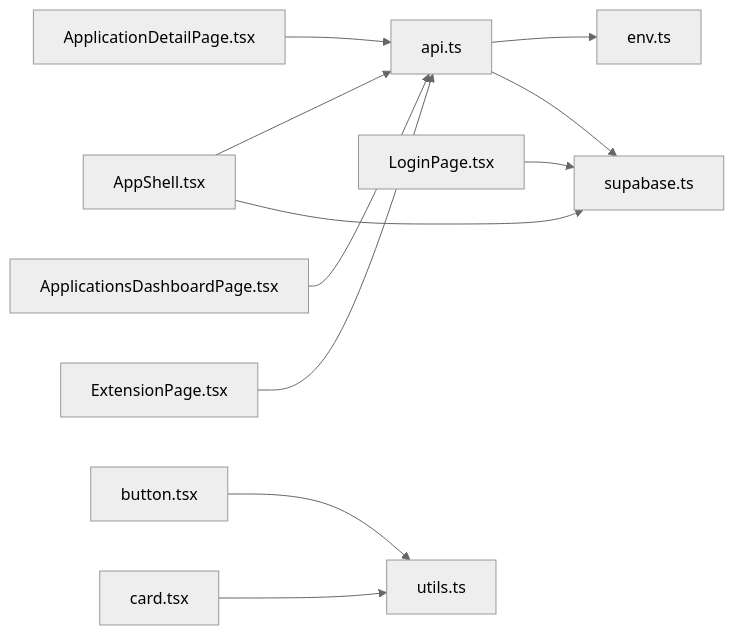
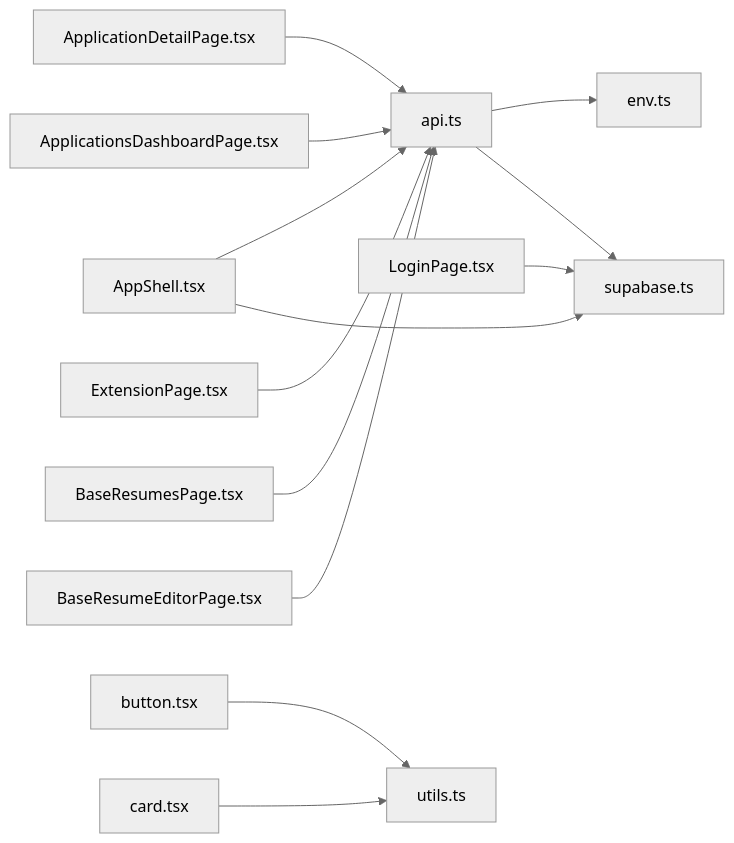
One commit to sankaL/resume-app changed the sixth of 6 diagrams in .qoder/repowiki/en/content/API Reference/Frontend API Documentation.md. Above: the diagram before and after it, drawn with Mermaid (neutral theme). The commit also changed other lines of this file and 12 other files, not shown here.

````diff
--- a/.qoder/repowiki/en/content/API Reference/Frontend API Documentation.md
+++ b/.qoder/repowiki/en/content/API Reference/Frontend API Documentation.md
@@ -358,13 +366,15 @@
 ```mermaid
 graph LR
 A["api.ts"] --> B["env.ts"]
 A --> C["supabase.ts"]
 D["AppShell.tsx"] --> A
 D --> C
 E["ApplicationDetailPage.tsx"] --> A
 F["ApplicationsDashboardPage.tsx"] --> A
 G["ExtensionPage.tsx"] --> A
 H["LoginPage.tsx"] --> C
 I["button.tsx"] --> J["utils.ts"]
 K["card.tsx"] --> J
+L["BaseResumesPage.tsx"] --> A
+M["BaseResumeEditorPage.tsx"] --> A
 ```
````
